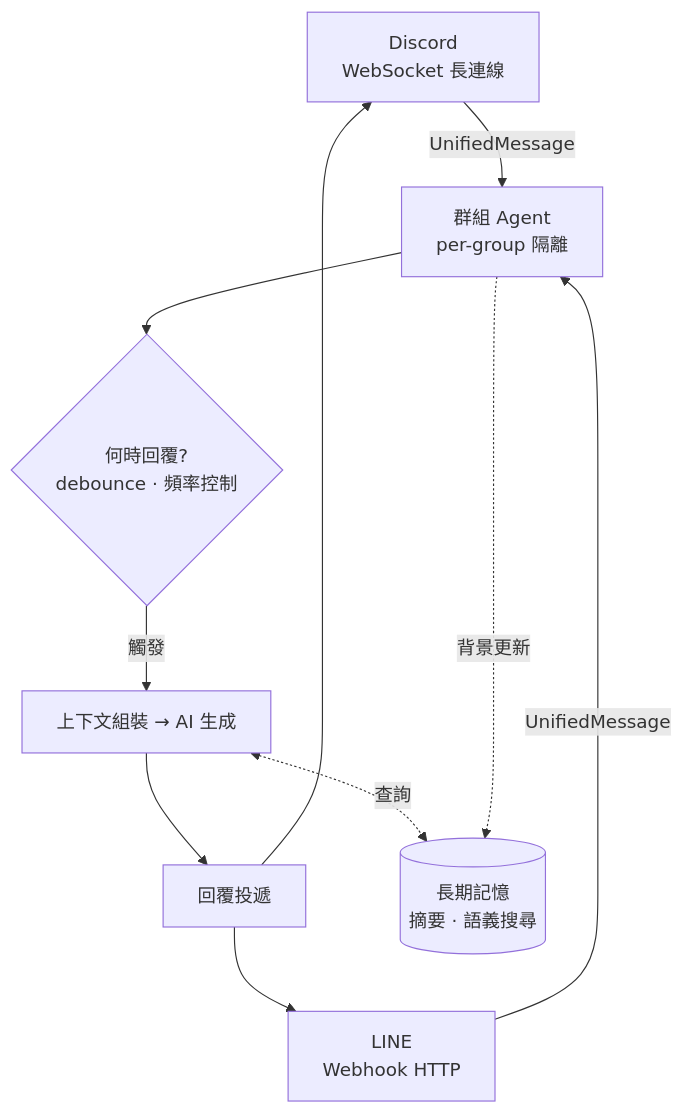
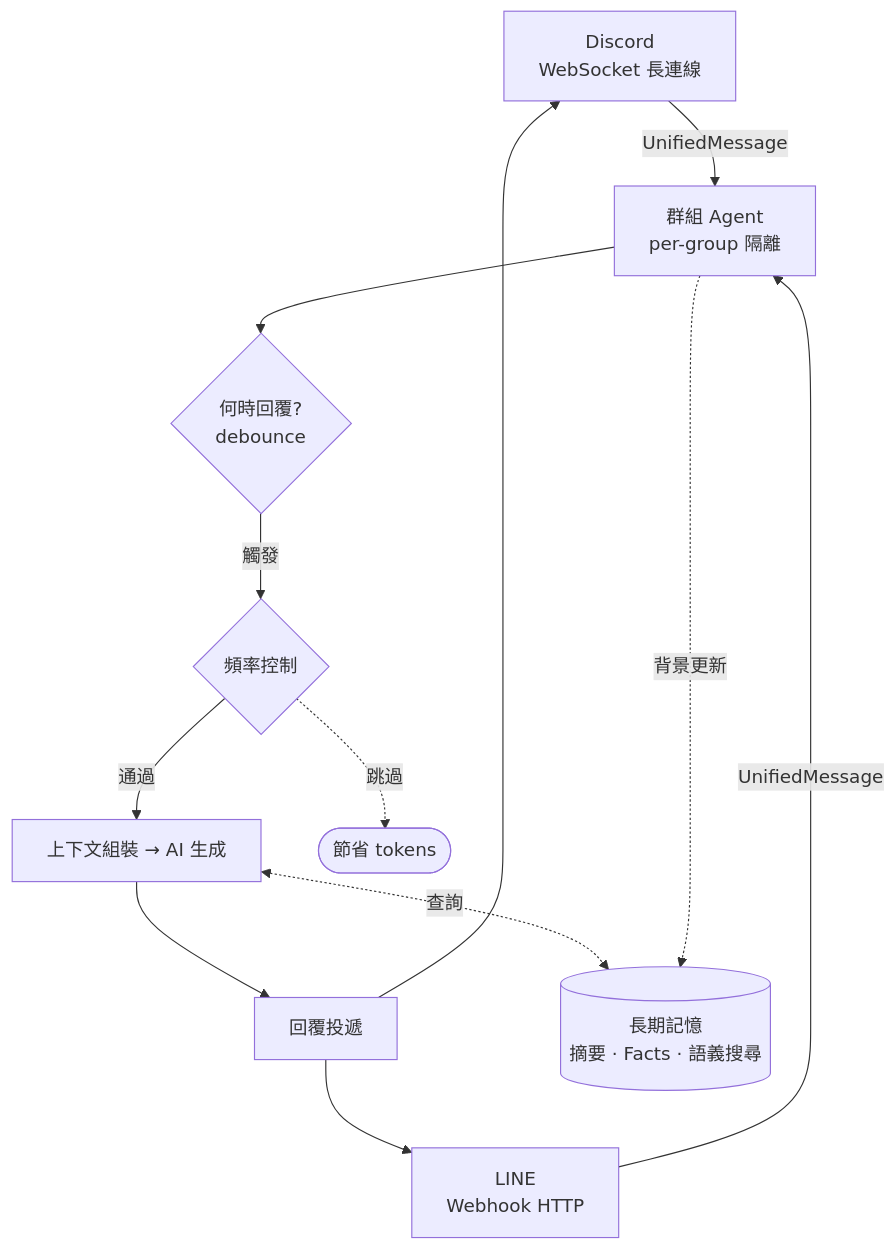
One commit to maou-shonen/yamada changed the diagram in README.md. Above: the diagram before and after it, drawn with Mermaid. The commit also changed other lines of this file and 2 other files, not shown here.

````diff
--- a/README.md
+++ b/README.md
@@ -14,13 +14,15 @@
 ```mermaid
 graph TD
     D[Discord<br/>WebSocket 長連線] -->|UnifiedMessage| Agent[群組 Agent<br/>per-group 隔離]
     L[LINE<br/>Webhook HTTP] -->|UnifiedMessage| Agent
 
-    Agent --> When{何時回覆?<br/>debounce · 頻率控制}
-    When -->|觸發| What[上下文組裝 → AI 生成]
+    Agent --> When{何時回覆?<br/>debounce}
+    When -->|觸發| Freq{頻率控制}
+    Freq -->|通過| What[上下文組裝 → AI 生成]
+    Freq -.->|跳過| Skip([節省 tokens])
     What --> Reply[回覆投遞]
     Reply --> D & L
 
-    What <-.->|查詢| Mem[(長期記憶<br/>摘要 · 語義搜尋)]
+    What <-.->|查詢| Mem[(長期記憶<br/>摘要 · Facts · 語義搜尋)]
     Agent -.->|背景更新| Mem
 ```
````
